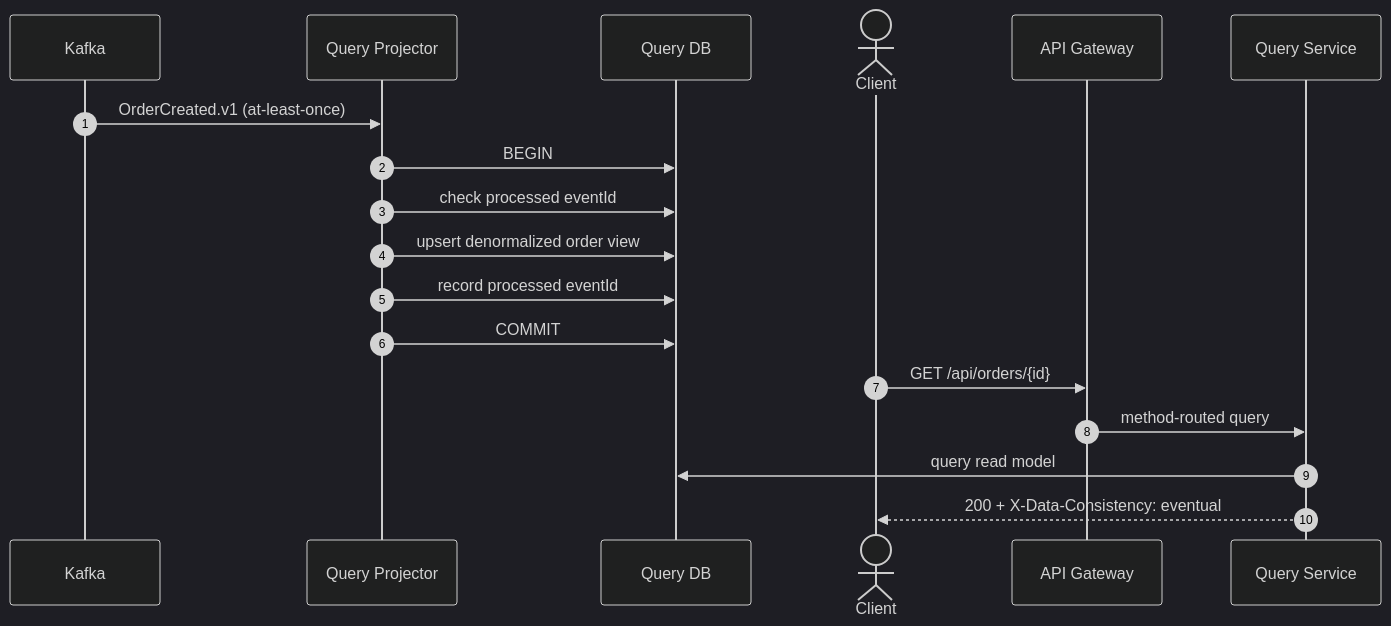
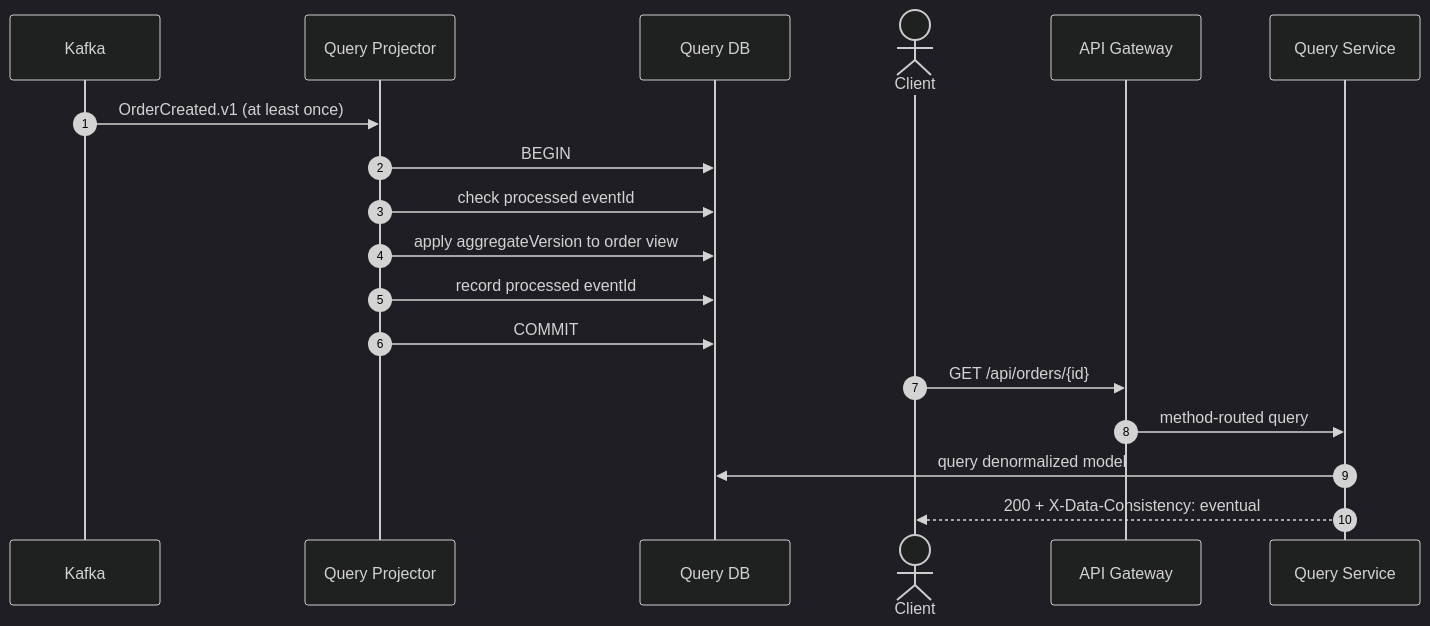
One commit to karacsonybarni/event-sourced-cqrs-microservices changed the second of 2 diagrams in docs/architecture.md. Above: the diagram before and after it, drawn with Mermaid (dark theme). The commit also changed other lines of this file and 42 other files, not shown here.

````diff
--- a/docs/architecture.md
+++ b/docs/architecture.md
@@ -41,21 +52,21 @@
 ```mermaid
 sequenceDiagram
     autonumber
     participant K as Kafka
     participant P as Query Projector
     participant QD as Query DB
     actor Client
     participant G as API Gateway
     participant Q as Query Service
 
-    K->>P: OrderCreated.v1 (at-least-once)
+    K->>P: OrderCreated.v1 (at least once)
     P->>QD: BEGIN
     P->>QD: check processed eventId
-    P->>QD: upsert denormalized order view
+    P->>QD: apply aggregateVersion to order view
     P->>QD: record processed eventId
     P->>QD: COMMIT
     Client->>G: GET /api/orders/{id}
     G->>Q: method-routed query
-    Q->>QD: query read model
+    Q->>QD: query denormalized model
     Q-->>Client: 200 + X-Data-Consistency: eventual
 ```
````
